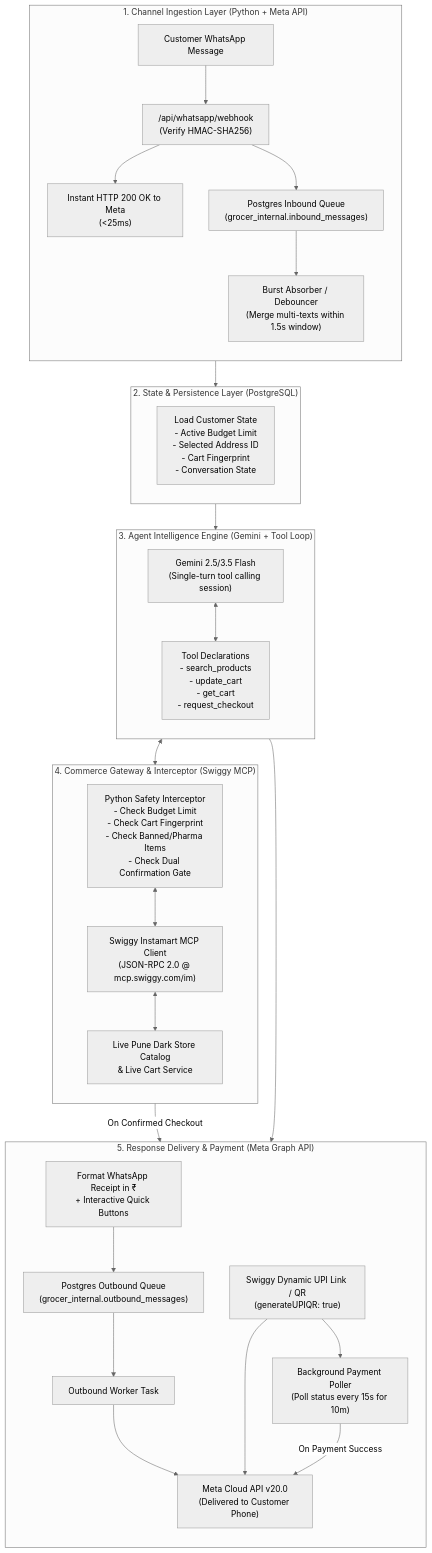
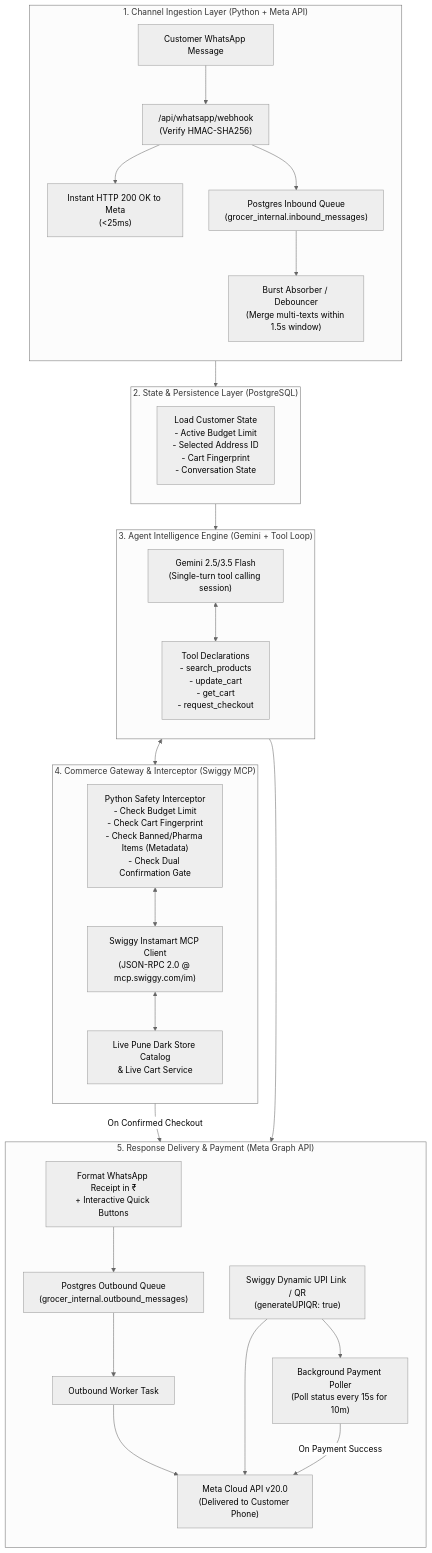
Before and after one commit to kwakhare5/Grocer: the diagram in docs/TARGET_ARCHITECTURE_V1.md, drawn with Mermaid (neutral theme). The commit also changed other lines of this file and 29 other files, not shown here.

````diff
--- a/docs/TARGET_ARCHITECTURE_V1.md
+++ b/docs/TARGET_ARCHITECTURE_V1.md
@@ -41,79 +33,40 @@
 ```mermaid
-
 flowchart TD
-
     subgraph INTAKE["1. Channel Ingestion Layer (Python + Meta API)"]
-
         direction TB
-
         WA_MSG["Customer WhatsApp Message"] --> WH_ROUTE["/api/whatsapp/webhook\n(Verify HMAC-SHA256)"]
-
         WH_ROUTE --> FAST_ACK["Instant HTTP 200 OK to Meta\n(<25ms)"]
-
         WH_ROUTE --> INBOX_Q["Postgres Inbound Queue\n(grocer_internal.inbound_messages)"]
-
         INBOX_Q --> DEBOUNCE["Burst Absorber / Debouncer\n(Merge multi-texts within 1.5s window)"]
-
     end
 
-
-
     subgraph SESSION["2. State & Persistence Layer (PostgreSQL)"]
-
         direction TB
-
         DEBOUNCE --> LOAD_STATE["Load Customer State\n- Active Budget Limit\n- Selected Address ID\n- Cart Fingerprint\n- Conversation State"]
-
     end
 
-
-
     subgraph BRAIN["3. Agent Intelligence Engine (Gemini + Tool Loop)"]
-
         direction TB
-
         LOAD_STATE --> GEMINI["Gemini 2.5/3.5 Flash\n(Single-turn tool calling session)"]
-
         GEMINI <--> TOOLS["Tool Declarations\n- search_products\n- update_cart\n- get_cart\n- request_checkout"]
-
     end
 
-
-
     subgraph COMMERCE["4. Commerce Gateway & Interceptor (Swiggy MCP)"]
-
         direction TB
-
-        TOOLS <--> GATE["Python Safety Interceptor\n- Check Budget Limit\n- Check Cart Fingerprint\n- Check Banned/Pharma Items\n- Check Dual Confirmation Gate"]
-
+        TOOLS <--> GATE["Python Safety Interceptor\n- Check Budget Limit\n- Check Cart Fingerprint\n- Check Banned/Pharma Items (Metadata)\n- Check Dual Confirmation Gate"]
         GATE <--> MCP_CLIENT["Swiggy Instamart MCP Client\n(JSON-RPC 2.0 @ mcp.swiggy.com/im)"]
-
         MCP_CLIENT <--> LIVE_STORE["Live Pune Dark Store Catalog\n& Live Cart Service"]
-
     end
 
-
-
     subgraph OUTBOUND["5. Response Delivery & Payment (Meta Graph API)"]
-
         direction TB
-
         GEMINI --> RECEIPT_FMT["Format WhatsApp Receipt in ₹\n+ Interactive Quick Buttons"]
-
         RECEIPT_FMT --> OUT_QUEUE["Postgres Outbound Queue\n(grocer_internal.outbound_messages)"]
-
         OUT_QUEUE --> WORKER["Outbound Worker Task"]
-
         WORKER --> SEND_WA["Meta Cloud API v20.0\n(Delivered to Customer Phone)"]
-
         GATE -- "On Confirmed Checkout" --> UPI_LINK["Swiggy Dynamic UPI Link / QR\n(generateUPIQR: true)"]
-
         UPI_LINK --> SEND_WA
-
         UPI_LINK --> POLL_WORKER["Background Payment Poller\n(Poll status every 15s for 10m)"]
-
         POLL_WORKER -- "On Payment Success" --> SEND_WA
-
     end
-
 ```
````
